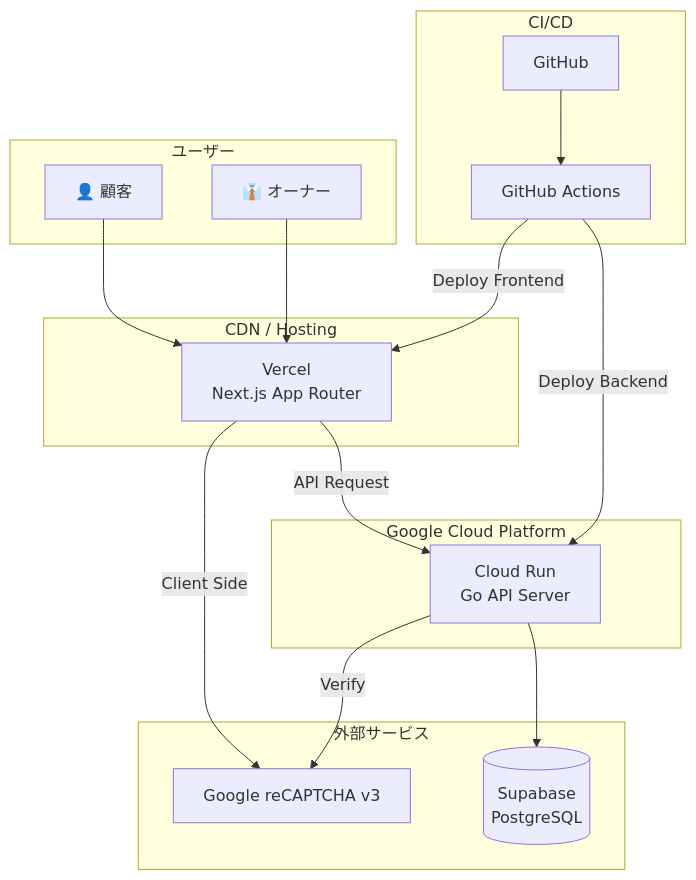
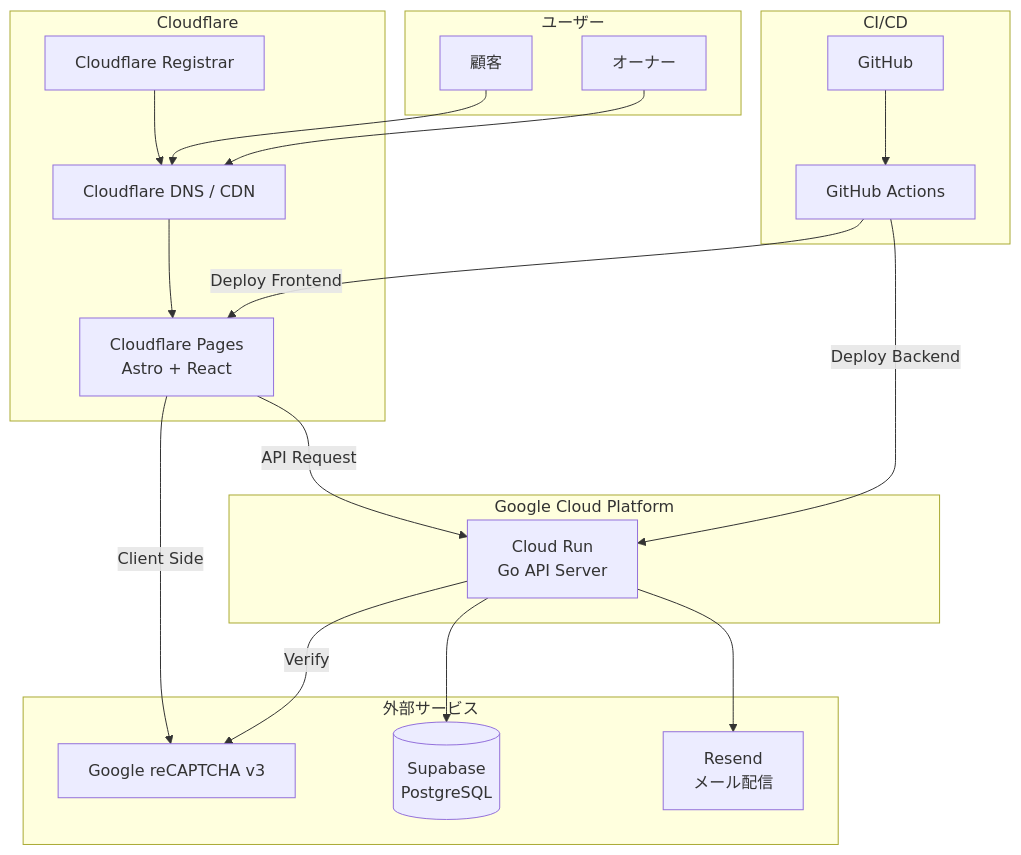
One commit to cergijame101007/satehits changed the first of 4 diagrams in docs/infrastructure.md. Above: the diagram before and after it, drawn with Mermaid. The commit also changed other lines of this file and 43 other files, not shown here.

````diff
--- a/docs/infrastructure.md
+++ b/docs/infrastructure.md
@@ -5,36 +5,42 @@
 ```mermaid
 flowchart TB
     subgraph Users[ユーザー]
-        Customer[👤 顧客]
-        Owner[👔 オーナー]
+        Customer[顧客]
+        Owner[オーナー]
     end
 
-    subgraph CDN[CDN / Hosting]
-        Vercel[Vercel<br>Next.js App Router]
+    subgraph Cloudflare[Cloudflare]
+        CFRegistrar[Cloudflare Registrar]
+        CFDNS[Cloudflare DNS / CDN]
+        CFPages[Cloudflare Pages<br>Astro + React]
     end
 
     subgraph Google[Google Cloud Platform]
         CloudRun[Cloud Run<br>Go API Server]
     end
 
     subgraph External[外部サービス]
         ReCaptcha[Google reCAPTCHA v3]
         Supabase[(Supabase<br>PostgreSQL)]
+        Resend[Resend<br>メール配信]
     end
 
     subgraph CI_CD[CI/CD]
         GitHub[GitHub]
         Actions[GitHub Actions]
     end
 
-    Customer --> Vercel
-    Owner --> Vercel
-    Vercel -->|API Request| CloudRun
+    CFRegistrar --> CFDNS
+    Customer --> CFDNS
+    Owner --> CFDNS
+    CFDNS --> CFPages
+    CFPages -->|API Request| CloudRun
     CloudRun --> Supabase
-    Vercel -->|Client Side| ReCaptcha
+    CloudRun --> Resend
+    CFPages -->|Client Side| ReCaptcha
     CloudRun -->|Verify| ReCaptcha
 
     GitHub --> Actions
-    Actions -->|Deploy Frontend| Vercel
+    Actions -->|Deploy Frontend| CFPages
     Actions -->|Deploy Backend| CloudRun
 ```
````
